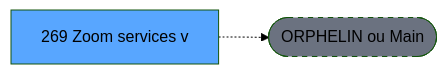
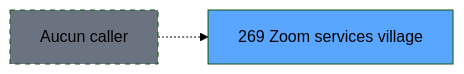
Before and after one commit to thonyAGP/magic-migration: the second of 3 diagrams in .openspec/specs/ADH-IDE-269.md, drawn with Mermaid (forest theme). The commit also changed other lines of this file and 493 other files, not shown here.

````diff
--- a/.openspec/specs/ADH-IDE-269.md
+++ b/.openspec/specs/ADH-IDE-269.md
@@ -121,8 +180,8 @@
 ```mermaid
 graph LR
-    T[269 Zoom services v]
-    ORPHAN([ORPHELIN ou Main])
-    T -.-> ORPHAN
-    style T fill:#58a6ff,color:#000
-    style ORPHAN fill:#6b7280,stroke-dasharray: 5 5
+    T269[269 Zoom services village]
+    style T269 fill:#58a6ff
+    NONE[Aucun caller]
+    NONE -.-> T269
+    style NONE fill:#6b7280,stroke-dasharray: 5 5
 ```
````
